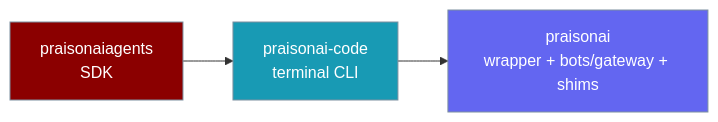
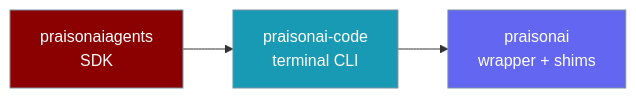
Before and after one commit to MervinPraison/PraisonAIDocs: the first of 3 diagrams in docs/guides/praisonai-code-migration.mdx, drawn with Mermaid.

Commit message:
docs: fix praisonai-code-migration diagram after C9 extraction (bot/gateway moved to praisonai-bot)

````diff
--- a/docs/guides/praisonai-code-migration.mdx
+++ b/docs/guides/praisonai-code-migration.mdx
@@ -22,15 +22,15 @@
 ```mermaid
 graph LR
     Agents[praisonaiagents<br/>SDK] --> Code[praisonai-code<br/>terminal CLI]
-    Code --> Main[praisonai<br/>wrapper + bots/gateway + shims]
+    Code --> Main[praisonai<br/>wrapper + shims]
 
     classDef agent fill:#8B0000,stroke:#7C90A0,color:#fff
     classDef tool fill:#189AB4,stroke:#7C90A0,color:#fff
     classDef config fill:#6366F1,stroke:#7C90A0,color:#fff
     classDef success fill:#10B981,stroke:#7C90A0,color:#fff
     classDef process fill:#F59E0B,stroke:#7C90A0,color:#fff
 
     class Agents agent
     class Code tool
     class Main config
 ```
````
